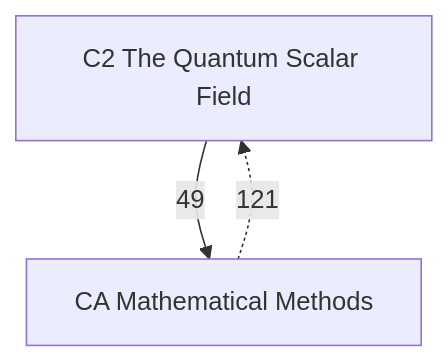
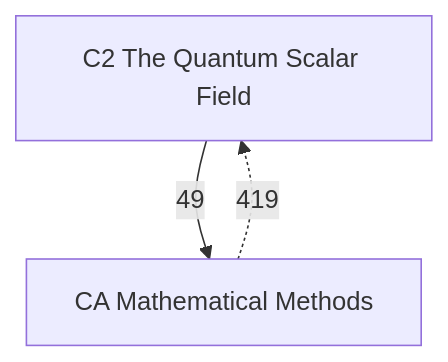
The diagram in Physics/Quantum Field Theory/Quantum Field Theory.md (Onion20040508/notes), drawn with Mermaid before and after one commit. The commit also changed 27 other files, not shown here.

````diff
--- a/Physics/Quantum Field Theory/Quantum Field Theory.md
+++ b/Physics/Quantum Field Theory/Quantum Field Theory.md
@@ -21,7 +21,7 @@
 ```mermaid
 graph TD
   C2["C2 The Quantum Scalar Field"]
   CA["CA Mathematical Methods"]
   C2 -->|49| CA
-  CA -.->|121| C2
+  CA -.->|419| C2
 ```
````
